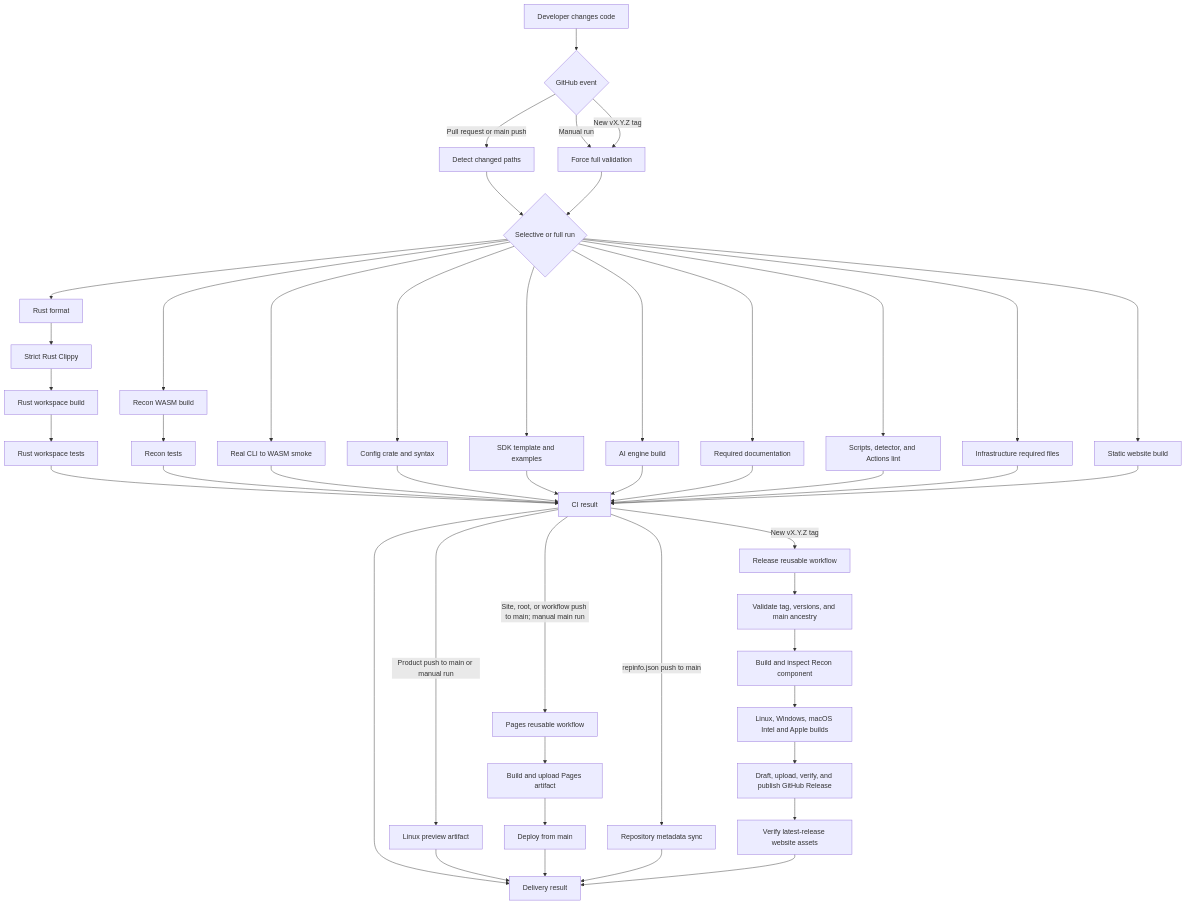
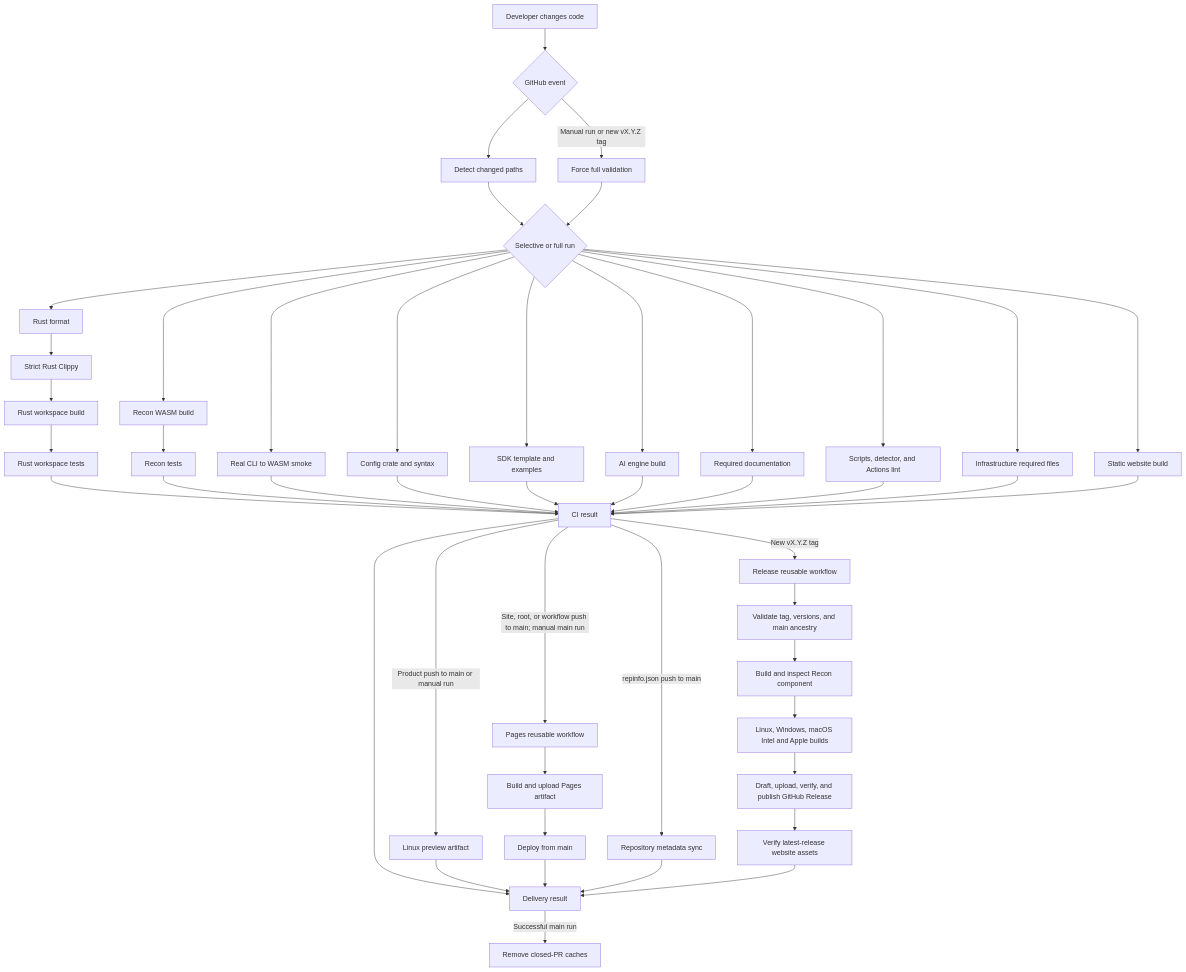
Before and after one commit to anonto42/poly.glid_security_workspace: the diagram in docs/development/CI_DELIVERY.md, drawn with Mermaid. The commit also changed other lines of this file and 60 other files, not shown here.

````diff
--- a/docs/development/CI_DELIVERY.md
+++ b/docs/development/CI_DELIVERY.md
@@ -10,55 +10,55 @@
 ```mermaid
 flowchart TD
     Change[Developer changes code] --> Event{GitHub event}
-    Event -->|Pull request or main push| Detect[Detect changed paths]
-    Event -->|Manual run| Full[Force full validation]
-    Event -->|New vX.Y.Z tag| Full
+    Event --> Detect[Detect changed paths]
     Detect --> Scope{Selective or full run}
+    Event -->|Manual run or new vX.Y.Z tag| Full[Force full validation]
     Full --> Scope
 
     Scope --> Format[Rust format]
     Format --> Clippy[Strict Rust Clippy]
     Clippy --> Build[Rust workspace build]
     Build --> Tests[Rust workspace tests]
 
     Scope --> WasmBuild[Recon WASM build]
     WasmBuild --> WasmTests[Recon tests]
     Scope --> Smoke[Real CLI to WASM smoke]
     Scope --> Config[Config crate and syntax]
     Scope --> SDK[SDK template and examples]
     Scope --> AI[AI engine build]
     Scope --> Docs[Required documentation]
     Scope --> Ops[Scripts, detector, and Actions lint]
     Scope --> Infra[Infrastructure required files]
     Scope --> Site[Static website build]
 
     Tests --> Result[CI result]
     WasmTests --> Result
     Smoke --> Result
     Config --> Result
     SDK --> Result
     AI --> Result
     Docs --> Result
     Ops --> Result
     Infra --> Result
     Site --> Result
 
     Result --> Delivery[Delivery result]
     Result -->|Product push to main or manual run| Preview[Linux preview artifact]
     Result -->|Site, root, or workflow push to main; manual main run| Pages[Pages reusable workflow]
     Result -->|repinfo.json push to main| Metadata[Repository metadata sync]
     Result -->|New vX.Y.Z tag| Release[Release reusable workflow]
 
     Pages --> PagesBuild[Build and upload Pages artifact]
     PagesBuild --> PagesDeploy[Deploy from main]
     Release --> Preflight[Validate tag, versions, and main ancestry]
     Preflight --> Plugin[Build and inspect Recon component]
     Plugin --> Matrix[Linux, Windows, macOS Intel and Apple builds]
     Matrix --> Publish[Draft, upload, verify, and publish GitHub Release]
     Publish --> VerifyLatest[Verify latest-release website assets]
 
     Preview --> Delivery
     PagesDeploy --> Delivery
     Metadata --> Delivery
     VerifyLatest --> Delivery
+    Delivery -->|Successful main run| Cache[Remove closed-PR caches]
 ```
````
